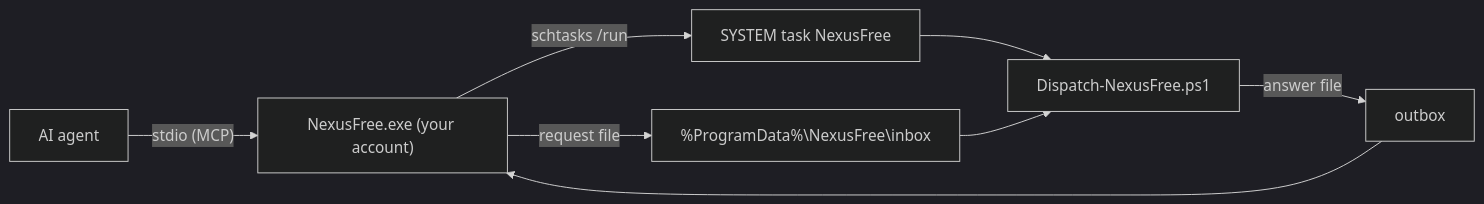
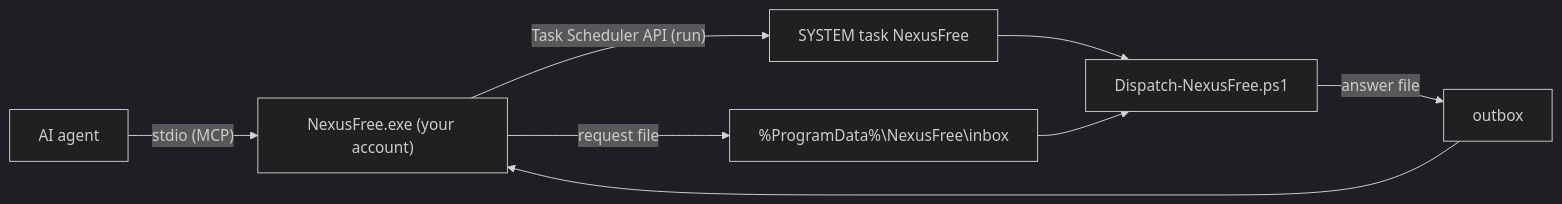
Before and after one commit to pironjulien/NexusFree: the diagram in README.md, drawn with Mermaid (dark theme). The commit also changed other lines of this file and 16 other files, not shown here.

First line of the commit message:
English by default with French on a French Windows, Task Scheduler API, outbox cleanup, strict build

````diff
--- a/README.md
+++ b/README.md
@@ -102,9 +102,9 @@
 ```mermaid
 flowchart LR
     A["AI agent"] -- "stdio (MCP)" --> E["NexusFree.exe (your account)"]
     E -- "request file" --> I["%ProgramData%\NexusFree\inbox"]
-    E -- "schtasks /run" --> T["SYSTEM task NexusFree"]
+    E -- "Task Scheduler API (run)" --> T["SYSTEM task NexusFree"]
     T --> D["Dispatch-NexusFree.ps1"]
     I --> D
     D -- "answer file" --> O["outbox"] --> E
 ```
````
